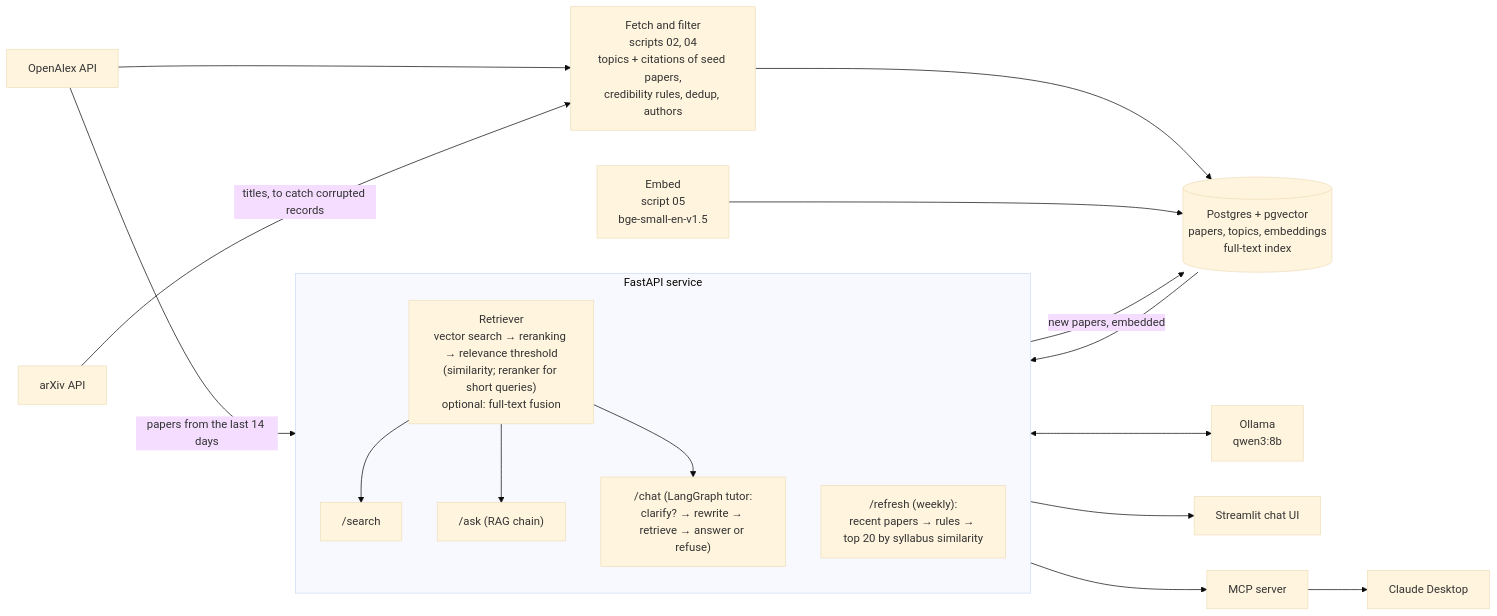
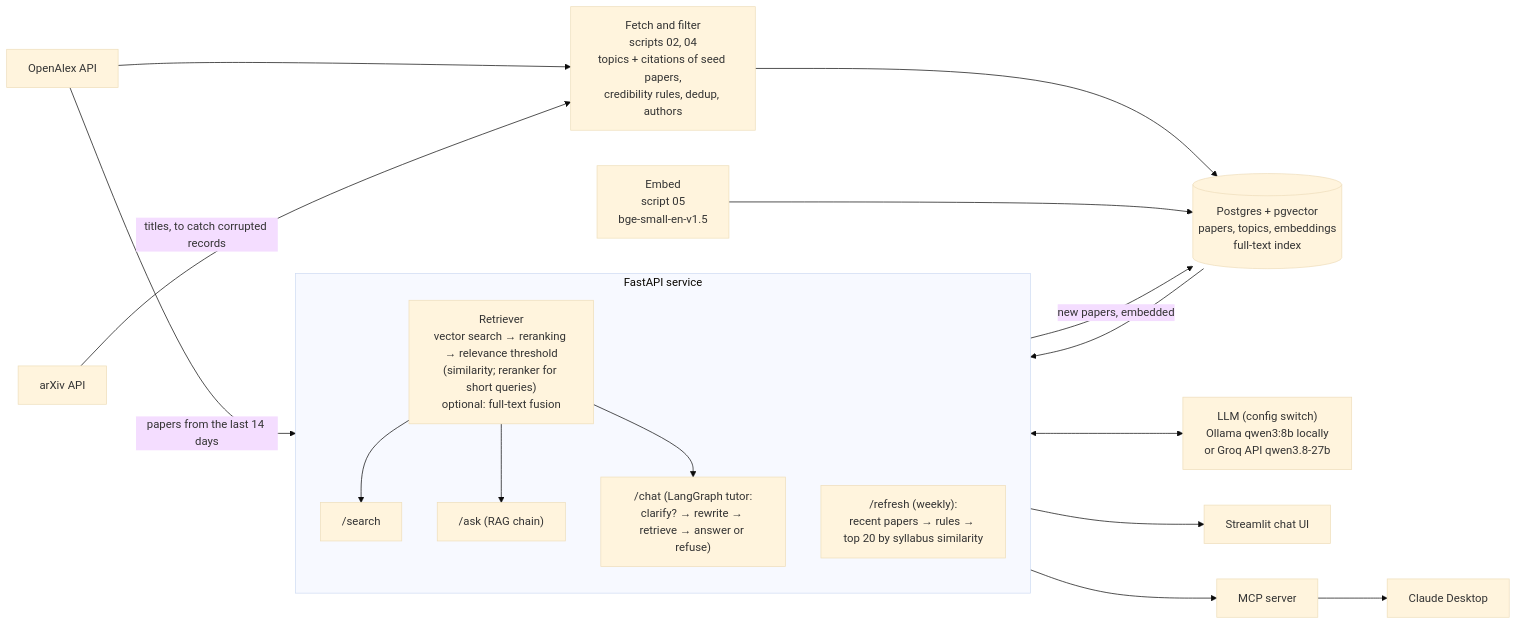
Before and after one commit to AymenFeki/paper-tutor: the diagram in README.md, drawn with Mermaid (base theme). The commit also changed other lines of this file and 7 other files, not shown here.

Commit message:
Add LLM provider switch: local Ollama or Groq API

````diff
--- a/README.md
+++ b/README.md
@@ -21,28 +21,28 @@
 ```mermaid
 flowchart LR
     OA[OpenAlex API] --> FETCH["Fetch and filter<br/>scripts 02, 04<br/>topics + citations of seed papers,<br/>credibility rules, dedup, authors"]
     AX[arXiv API] -->|titles, to catch corrupted records| FETCH
     FETCH --> DB[("Postgres + pgvector<br/>papers, topics, embeddings<br/>full-text index")]
     EMB["Embed<br/>script 05<br/>bge-small-en-v1.5"] --> DB
 
     subgraph API["FastAPI service"]
         direction TB
         RET["Retriever<br/>vector search → reranking → relevance threshold<br/>(similarity; reranker for short queries)<br/>optional: full-text fusion"]
         SEARCH["/search"]
         ASK["/ask (RAG chain)"]
         CHAT["/chat (LangGraph tutor:<br/>clarify? → rewrite → retrieve → answer or refuse)"]
         REFRESH["/refresh (weekly):<br/>recent papers → rules → top 20 by syllabus similarity"]
         RET --> SEARCH
         RET --> ASK
         RET --> CHAT
     end
 
     OA -->|papers from the last 14 days| REFRESH
     REFRESH -->|new papers, embedded| DB
 
     DB --> API
-    API <--> LLM["Ollama<br/>qwen3:8b"]
+    API <--> LLM["LLM (config switch)<br/>Ollama qwen3:8b locally<br/>or Groq API qwen3.8-27b"]
     API --> UI["Streamlit chat UI"]
     API --> MCP["MCP server"]
     MCP --> CD["Claude Desktop"]
 ```
````
